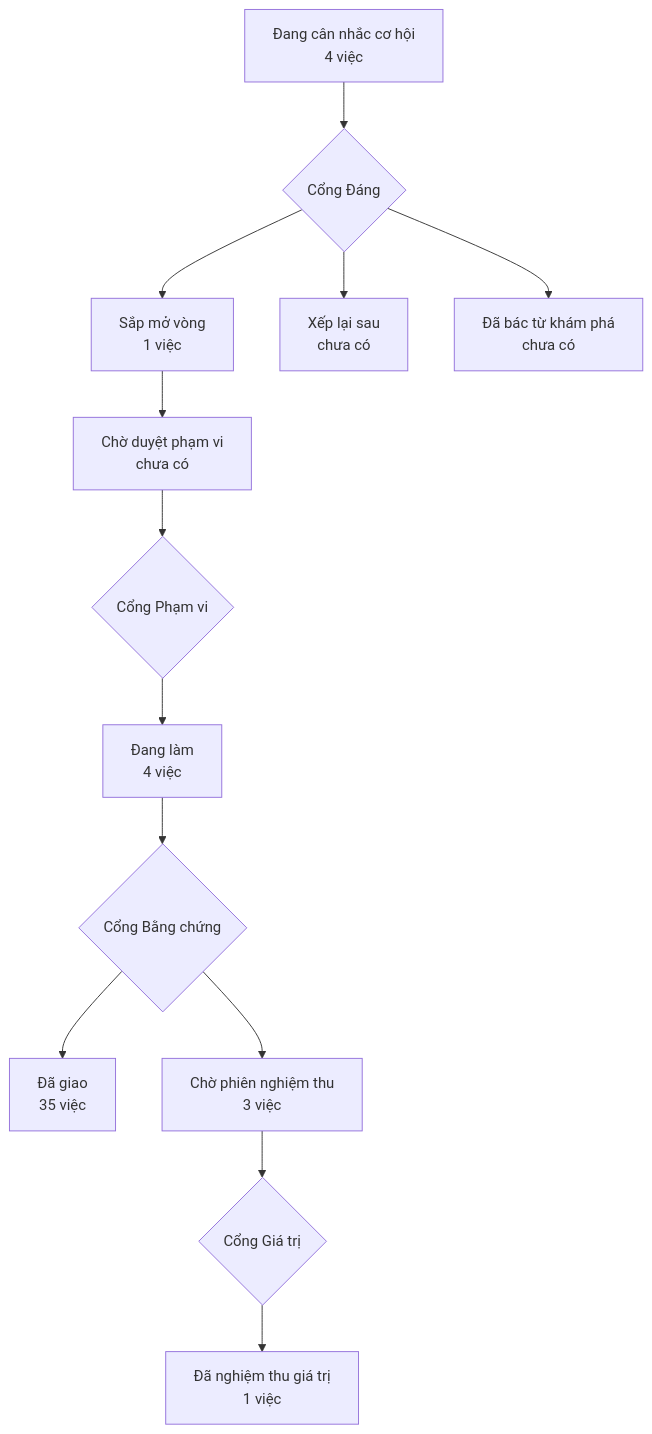
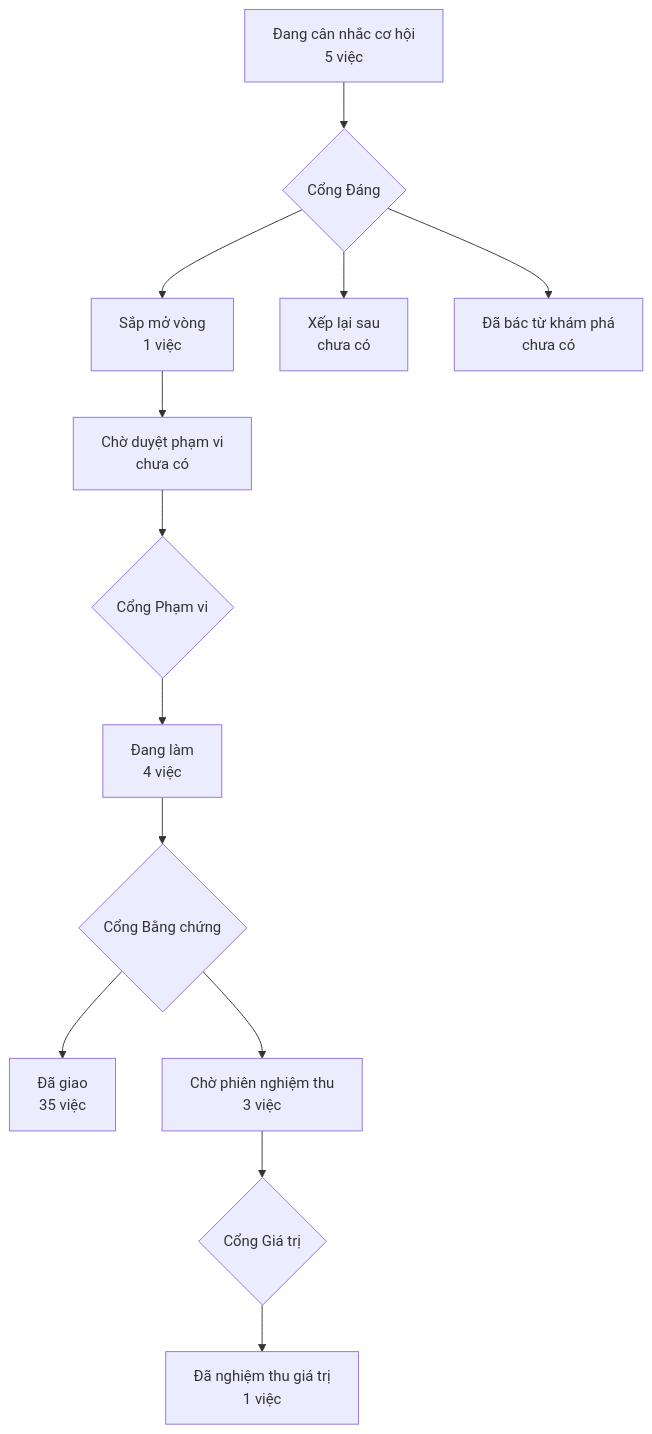
One commit to phanlemanh/crm-onehub changed the diagram in PRODUCT-MAP.md. Above: the diagram before and after it, drawn with Mermaid. The commit also changed other lines of this file and 3 other files, not shown here.

````diff
--- a/PRODUCT-MAP.md
+++ b/PRODUCT-MAP.md
@@ -6,12 +6,12 @@
 ```mermaid
 flowchart TD
-  A["Đang cân nhắc cơ hội<br/>4 việc"] --> GD{"Cổng Đáng"}
+  A["Đang cân nhắc cơ hội<br/>5 việc"] --> GD{"Cổng Đáng"}
   GD --> B["Sắp mở vòng<br/>1 việc"]
   GD --> XL["Xếp lại sau<br/>chưa có"]
   GD --> DB["Đã bác từ khám phá<br/>chưa có"]
   B --> CD["Chờ duyệt phạm vi<br/>chưa có"] --> GP{"Cổng Phạm vi"}
   GP --> DL["Đang làm<br/>4 việc"] --> GB{"Cổng Bằng chứng"}
   GB --> DG["Đã giao<br/>35 việc"]
   GB --> CN["Chờ phiên nghiệm thu<br/>3 việc"] --> GG{"Cổng Giá trị"}
   GG --> NT["Đã nghiệm thu giá trị<br/>1 việc"]
 ```
````
